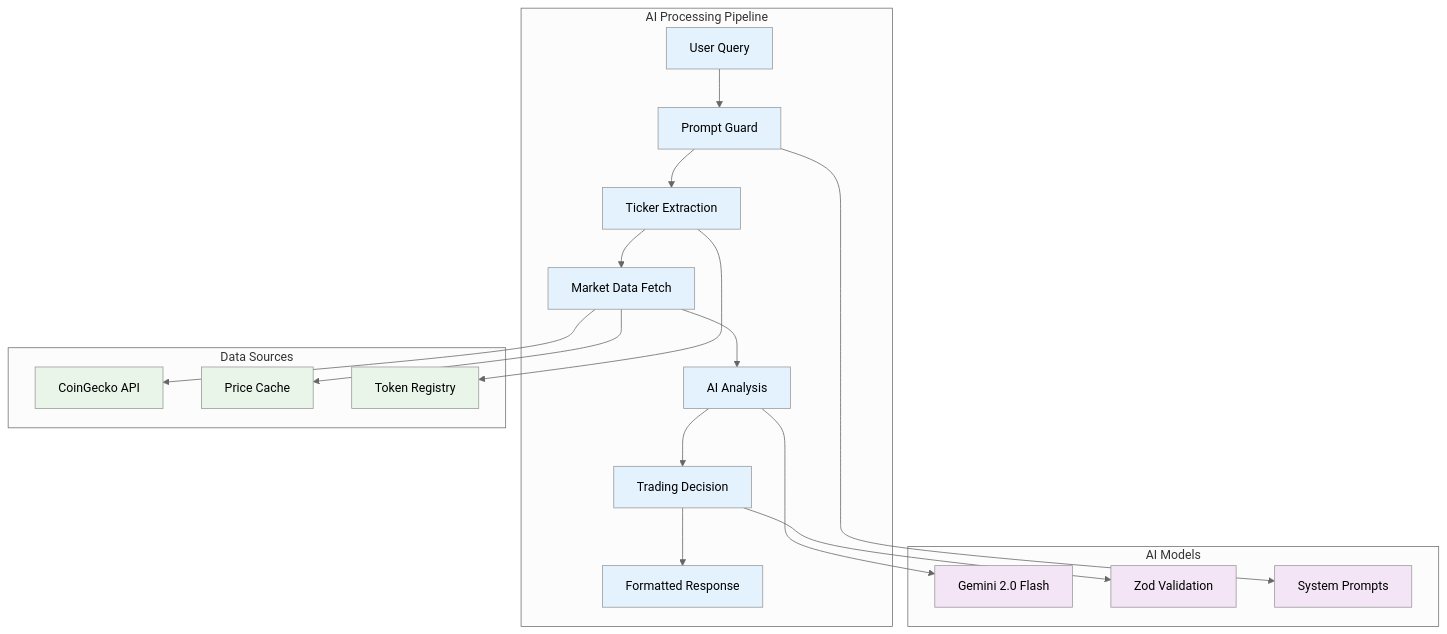
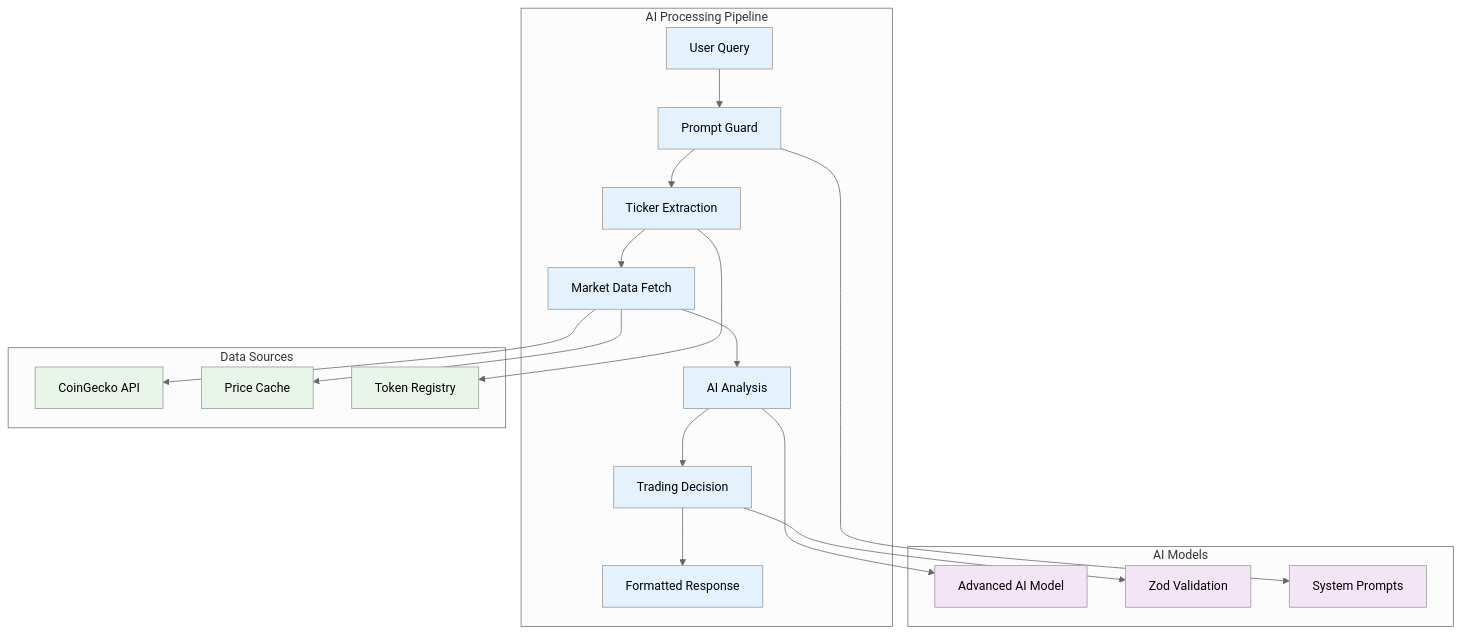
The diagram in src/client/public/docs/guide/ai-engine/overview.md (3ickleonerd/sei-trader), drawn with Mermaid (neutral theme) before and after one commit. The commit also changed other lines of this file and 15 other files, not shown here.

````diff
--- a/src/client/public/docs/guide/ai-engine/overview.md
+++ b/src/client/public/docs/guide/ai-engine/overview.md
@@ -7,38 +7,38 @@
 ```mermaid
 graph TB
     subgraph "AI Processing Pipeline"
         INPUT[User Query] --> GUARD[Prompt Guard]
         GUARD --> EXTRACT[Ticker Extraction]
         EXTRACT --> FETCH[Market Data Fetch]
         FETCH --> ANALYZE[AI Analysis]
         ANALYZE --> DECISION[Trading Decision]
         DECISION --> OUTPUT[Formatted Response]
     end
     
     subgraph "Data Sources"
         COINGECKO[CoinGecko API]
         CACHE[Price Cache]
         TOKENS[Token Registry]
     end
     
     subgraph "AI Models"
-        GEMINI[Gemini 2.0 Flash]
+        AI_MODEL[Advanced AI Model]
         SCHEMAS[Zod Validation]
         PROMPTS[System Prompts]
     end
     
     FETCH --> COINGECKO
     FETCH --> CACHE
     EXTRACT --> TOKENS
-    ANALYZE --> GEMINI
+    ANALYZE --> AI_MODEL
     DECISION --> SCHEMAS
     GUARD --> PROMPTS
     
     classDef process fill:#e3f2fd
     classDef data fill:#e8f5e8
     classDef ai fill:#f3e5f5
     
     class INPUT,GUARD,EXTRACT,FETCH,ANALYZE,DECISION,OUTPUT process
     class COINGECKO,CACHE,TOKENS data
-    class GEMINI,SCHEMAS,PROMPTS ai
+    class AI_MODEL,SCHEMAS,PROMPTS ai
 ```
````
